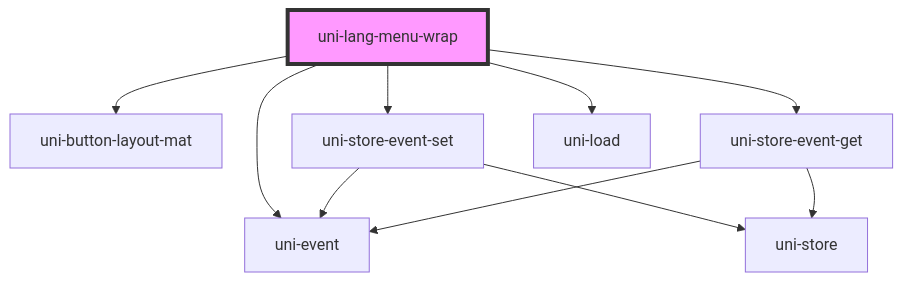
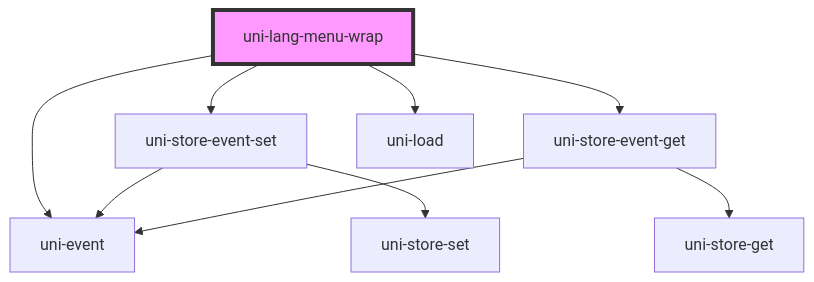
Before and after one commit to uiregex/uni-localize: the diagram in src/lang-menu/components/wrap/readme.md, drawn with Mermaid. The commit also changed other lines of this file and 10 other files, not shown here.

````diff
--- a/src/lang-menu/components/wrap/readme.md
+++ b/src/lang-menu/components/wrap/readme.md
@@ -30,13 +29,12 @@
 ```mermaid
 graph TD;
-  uni-lang-menu-wrap --> uni-button-layout-mat
   uni-lang-menu-wrap --> uni-event
   uni-lang-menu-wrap --> uni-store-event-set
   uni-lang-menu-wrap --> uni-store-event-get
   uni-lang-menu-wrap --> uni-load
   uni-store-event-set --> uni-event
-  uni-store-event-set --> uni-store
+  uni-store-event-set --> uni-store-set
   uni-store-event-get --> uni-event
-  uni-store-event-get --> uni-store
+  uni-store-event-get --> uni-store-get
   style uni-lang-menu-wrap fill:#f9f,stroke:#333,stroke-width:4px
 ```
````
